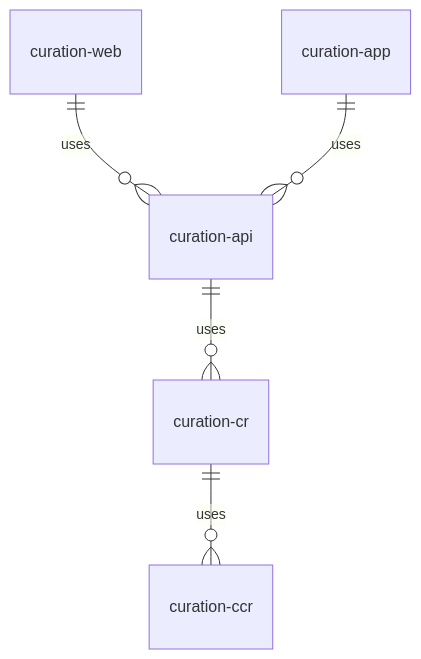
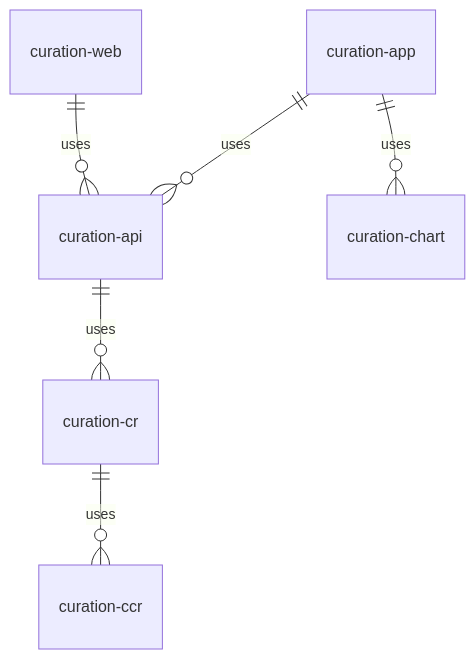
The diagram in README.md (clarin-eric/curation-dashboard), drawn with Mermaid before and after one commit. The commit also changed other lines of this file, not shown here.

Commit message:
adding description of the curation-chart module

````diff
--- a/README.md
+++ b/README.md
@@ -13,7 +13,8 @@
 ```mermaid
 erDiagram
     curation-web ||--o{ curation-api:uses
     curation-app ||--o{ curation-api:uses
+    curation-app ||--o{ curation-chart:uses
     curation-api ||--o{ curation-cr:uses
     curation-cr ||--o{ curation-ccr:uses
 ```
````
